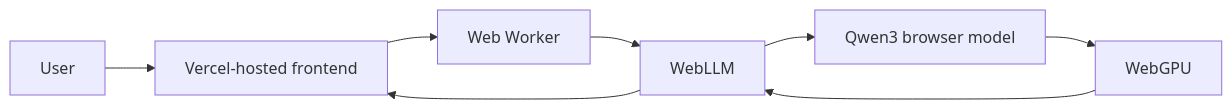
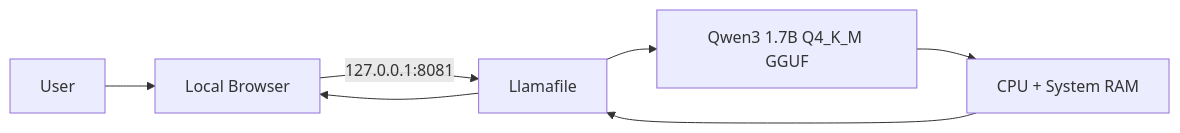
The first of 2 diagrams in docs/ARCHITECTURE.md (Rishikeshsanin/Rishi-AI-BOT1), drawn with Mermaid before and after one commit. The commit also changed other lines of this file, not shown here.

Commit message:
Document offline-first architecture

````diff
--- a/docs/ARCHITECTURE.md
+++ b/docs/ARCHITECTURE.md
@@ -7,10 +9,9 @@
 ```mermaid
 flowchart LR
-    U[User] --> V[Vercel-hosted frontend]
-    V --> W[Web Worker]
-    W --> L[WebLLM]
-    L --> M[Qwen3 browser model]
-    M --> G[WebGPU]
-    G --> L
-    L --> V
+    U[User] --> B[Local Browser]
+    B -->|127.0.0.1:8081| L[Llamafile]
+    L --> M[Qwen3 1.7B Q4_K_M GGUF]
+    M --> C[CPU + System RAM]
+    C --> L
+    L --> B
 ```
````
